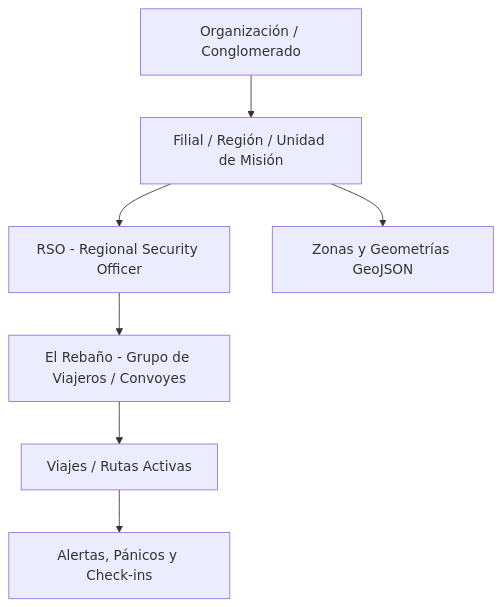
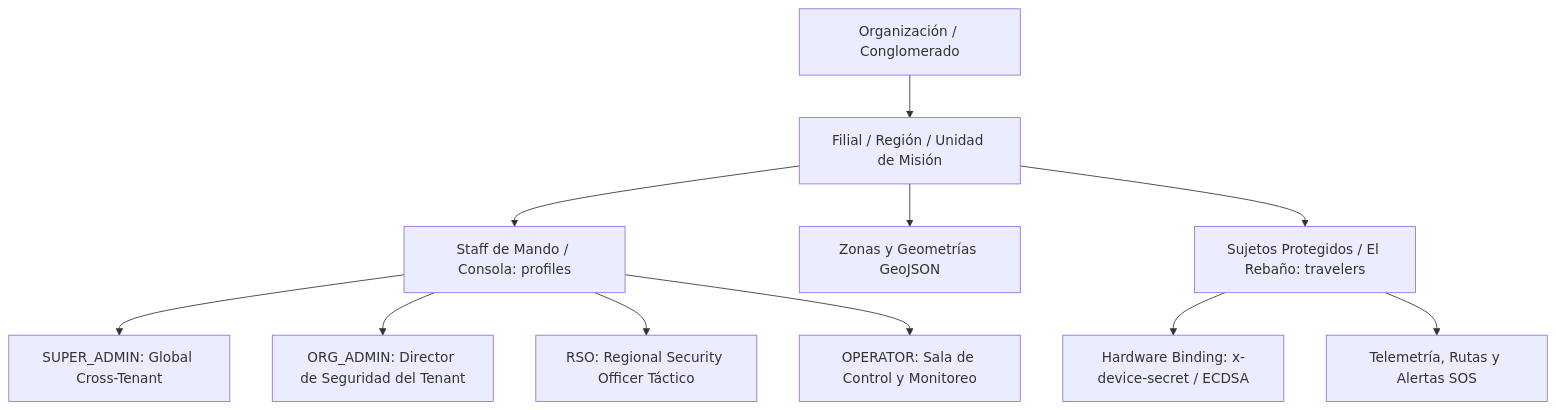
Before and after one commit to Isskion/GZN: the diagram in MEMORIA.md, drawn with Mermaid. The commit also changed other lines of this file, not shown here.

Commit message:
docs: documentar modelo de roles RBAC y separacion ontologica de travelers (ADR-007)

````diff
--- a/MEMORIA.md
+++ b/MEMORIA.md
@@ -36,9 +37,13 @@
 ```mermaid
 graph TD
     A[Organización / Conglomerado] --> B[Filial / Región / Unidad de Misión]
-    B --> C[RSO - Regional Security Officer]
+    B --> C[Staff de Mando / Consola: profiles]
+    C --> C1[SUPER_ADMIN: Global Cross-Tenant]
+    C --> C2[ORG_ADMIN: Director de Seguridad del Tenant]
+    C --> C3[RSO: Regional Security Officer Táctico]
+    C --> C4[OPERATOR: Sala de Control y Monitoreo]
     B --> D[Zonas y Geometrías GeoJSON]
-    C --> E[El Rebaño - Grupo de Viajeros / Convoyes]
-    E --> F[Viajes / Rutas Activas]
-    F --> G[Alertas, Pánicos y Check-ins]
+    B --> E[Sujetos Protegidos / El Rebaño: travelers]
+    E --> F[Hardware Binding: x-device-secret / ECDSA]
+    E --> G[Telemetría, Rutas y Alertas SOS]
 ```
````
